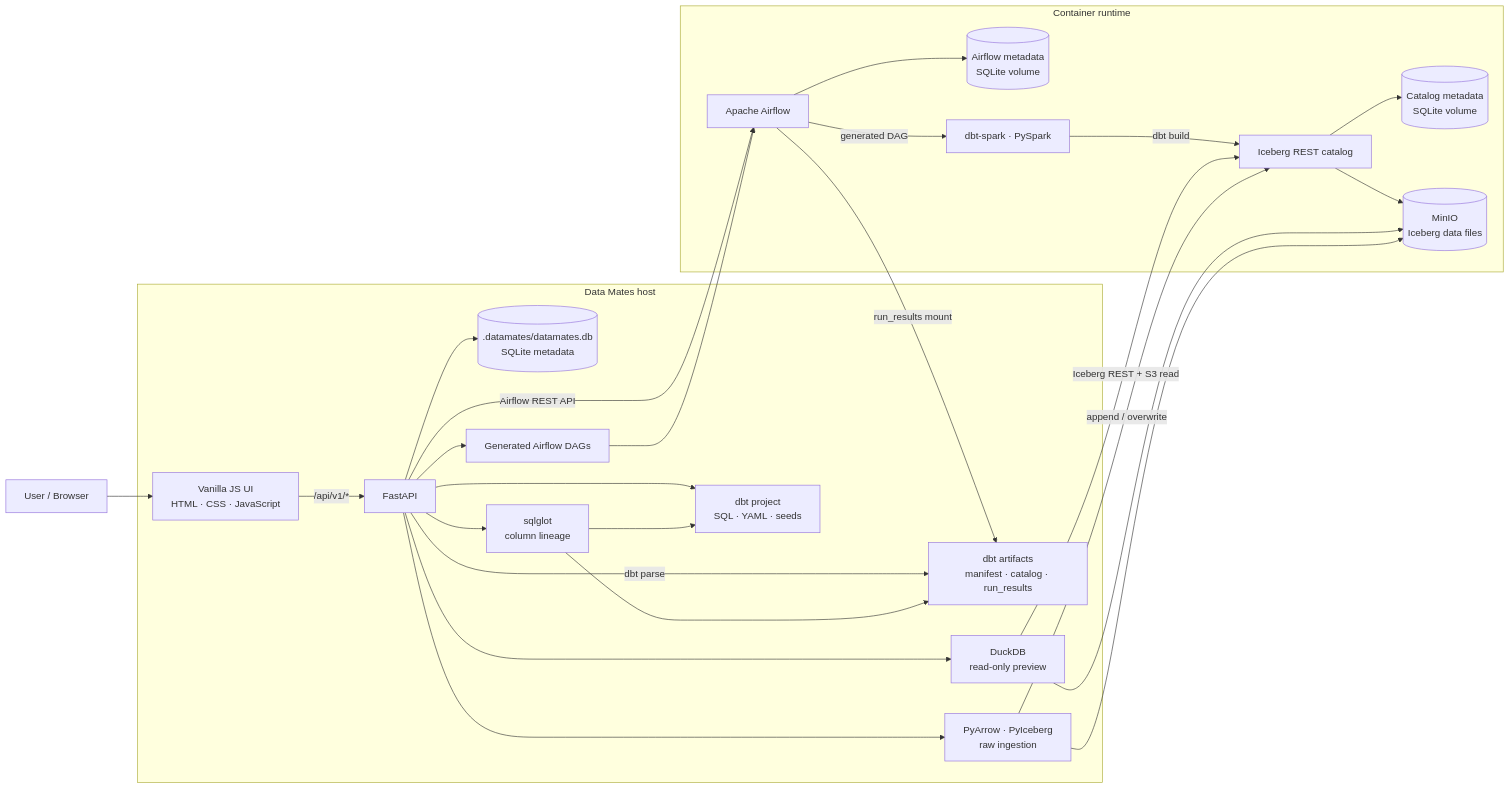
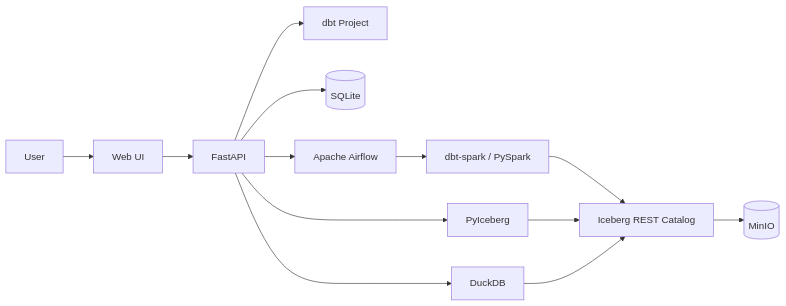
The diagram in README.md (zisu17/datamates), drawn with Mermaid before and after one commit. The commit also changed other lines of this file, not shown here.

````diff
--- a/README.md
+++ b/README.md
@@ -76,49 +88,15 @@
 ```mermaid
 flowchart LR
-    User[User / Browser]
-
-    subgraph App[Data Mates host]
-        UI[Vanilla JS UI<br/>HTML · CSS · JavaScript]
-        API[FastAPI]
-        Meta[(.datamates/datamates.db<br/>SQLite metadata)]
-        DbtFiles[dbt project<br/>SQL · YAML · seeds]
-        Artifacts[dbt artifacts<br/>manifest · catalog · run_results]
-        DagFiles[Generated Airflow DAGs]
-        Lineage[sqlglot<br/>column lineage]
-        Preview[DuckDB<br/>read-only preview]
-        Ingest[PyArrow · PyIceberg<br/>raw ingestion]
-    end
-
-    subgraph Runtime[Container runtime]
-        Airflow[Apache Airflow]
-        AirflowDB[(Airflow metadata<br/>SQLite volume)]
-        Spark[dbt-spark · PySpark]
-        Catalog[Iceberg REST catalog]
-        CatalogDB[(Catalog metadata<br/>SQLite volume)]
-        MinIO[(MinIO<br/>Iceberg data files)]
-    end
-
-    User --> UI
-    UI -->|/api/v1/*| API
-    API --> Meta
-    API --> DbtFiles
-    API -->|dbt parse| Artifacts
-    API --> Lineage
-    Lineage --> DbtFiles
-    Lineage --> Artifacts
-    API --> DagFiles
-    API -->|Airflow REST API| Airflow
-    DagFiles --> Airflow
-    Airflow --> AirflowDB
-    Airflow -->|generated DAG| Spark
-    Spark -->|dbt build| Catalog
-    Catalog --> CatalogDB
-    Catalog --> MinIO
-    API --> Preview
-    Preview -->|Iceberg REST + S3 read| Catalog
-    Preview --> MinIO
-    API --> Ingest
-    Ingest -->|append / overwrite| Catalog
-    Ingest --> MinIO
-    Airflow -->|run_results mount| Artifacts
+    User[User] --> UI[Web UI]
+    UI --> API[FastAPI]
+    API --> DBT[dbt Project]
+    API --> META[(SQLite)]
+    API --> AIRFLOW[Apache Airflow]
+    API --> DUCK[DuckDB]
+    API --> INGEST[PyIceberg]
+    AIRFLOW --> SPARK[dbt-spark / PySpark]
+    SPARK --> ICEBERG[Iceberg REST Catalog]
+    INGEST --> ICEBERG
+    DUCK --> ICEBERG
+    ICEBERG --> MINIO[(MinIO)]
 ```
````
